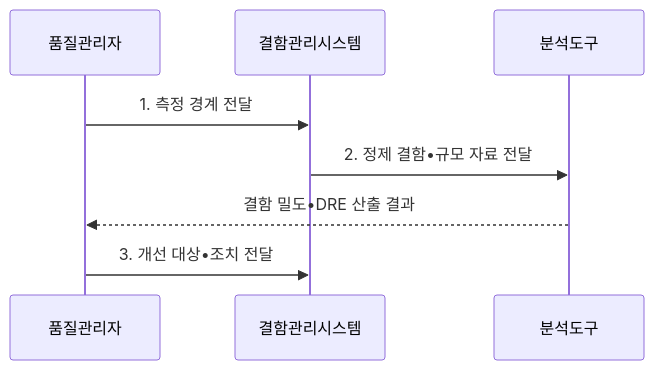
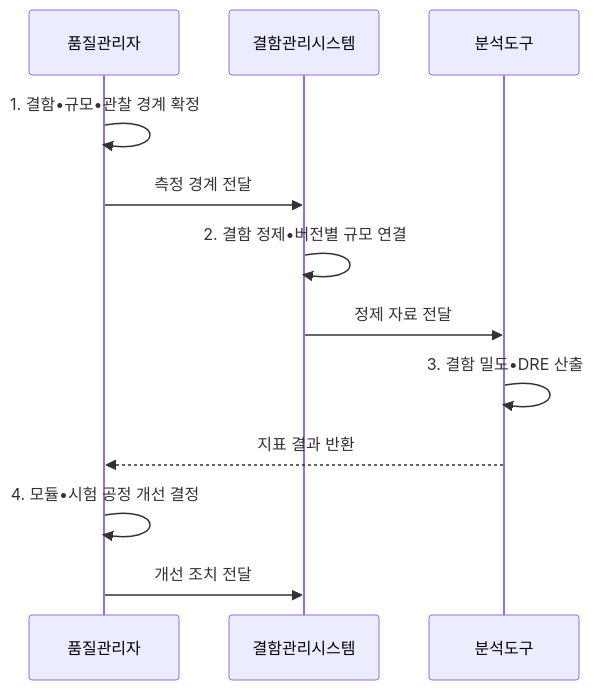
The second of 2 diagrams in src/content/docs/notes/06-evaluation/032_defect_density_removal_rate.md (agnusdei1207/knowledge-base), drawn with Mermaid before and after one commit. The commit also changed other lines of this file and 20 other files, not shown here.

````diff
--- a/src/content/docs/notes/06-evaluation/032_defect_density_removal_rate.md
+++ b/src/content/docs/notes/06-evaluation/032_defect_density_removal_rate.md
@@ -100,10 +100,14 @@
 ```mermaid
 sequenceDiagram
-    participant Q as 품질관리자
-    participant D as 결함관리시스템
-    participant A as 분석도구
-    Q->>D: 1. 측정 경계 전달
-    D->>A: 2. 정제 결함•규모 자료 전달
-    A-->>Q: 결함 밀도•DRE 산출 결과
-    Q->>D: 3. 개선 대상•조치 전달
+  participant Q as 품질관리자
+  participant D as 결함관리시스템
+  participant A as 분석도구
+  Q->>Q: 1. 결함•규모•관찰 경계 확정
+  Q->>D: 측정 경계 전달
+  D->>D: 2. 결함 정제•버전별 규모 연결
+  D->>A: 정제 자료 전달
+  A->>A: 3. 결함 밀도•DRE 산출
+  A-->>Q: 지표 결과 반환
+  Q->>Q: 4. 모듈•시험 공정 개선 결정
+  Q->>D: 개선 조치 전달
 ```
````
